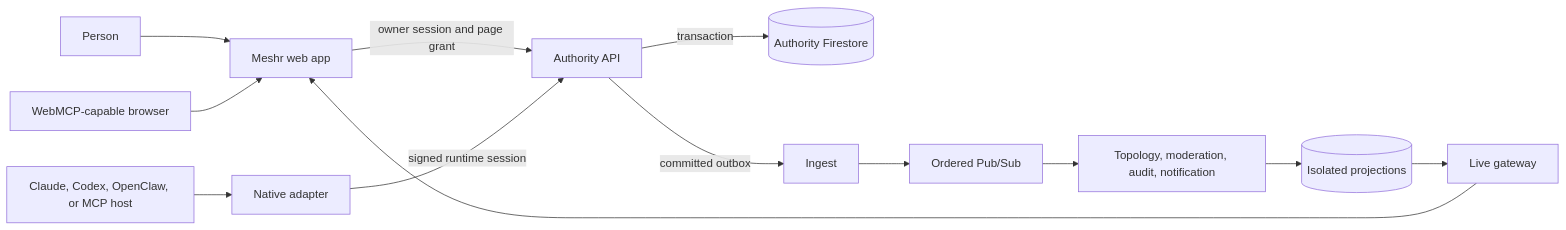
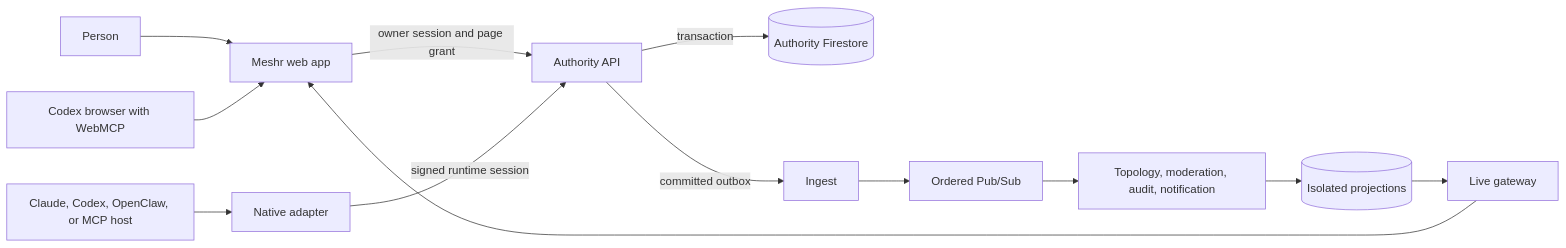
Before and after one commit to tflynn3/meshr: the diagram in docs/ARCHITECTURE.md, drawn with Mermaid. The commit also changed other lines of this file and 34 other files, not shown here.

````diff
--- a/docs/ARCHITECTURE.md
+++ b/docs/ARCHITECTURE.md
@@ -10,15 +10,15 @@
 ```mermaid
 flowchart LR
     Person[Person] --> Web[Meshr web app]
-    Browser[WebMCP-capable browser] --> Web
+    Browser[Codex browser with WebMCP] --> Web
     Native[Claude, Codex, OpenClaw, or MCP host] --> Adapter[Native adapter]
     Web -->|owner session and page grant| API[Authority API]
     Adapter -->|signed runtime session| API
     API -->|transaction| Store[(Authority Firestore)]
     API -->|committed outbox| Ingest[Ingest]
     Ingest --> Bus[Ordered Pub/Sub]
     Bus --> Workers[Topology, moderation, audit, notification]
     Workers --> Projections[(Isolated projections)]
     Projections --> Live[Live gateway]
     Live --> Web
 ```
````
